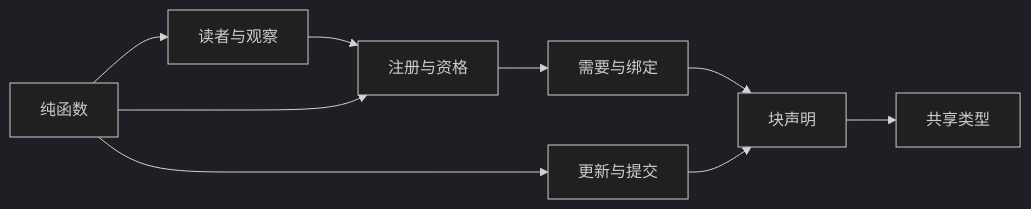
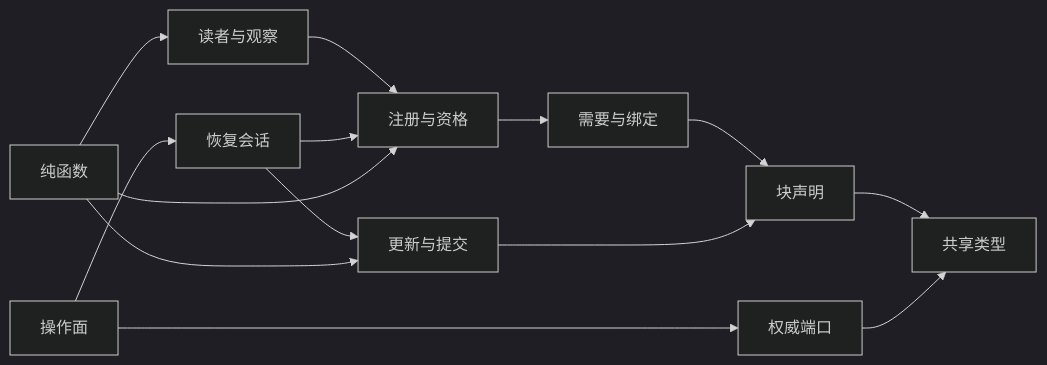
Before and after one commit to nemori-ai/omne-harness-lite: the diagram in packages/context/runtime-context-contract/docs/architecture.md, drawn with Mermaid (dark theme). The commit also changed other lines of this file and 136 other files, not shown here.

````diff
--- a/packages/context/runtime-context-contract/docs/architecture.md
+++ b/packages/context/runtime-context-contract/docs/architecture.md
@@ -25,12 +27,17 @@
 ```mermaid
 flowchart LR
   Shared[共享类型]
   Desc[块声明] --> Shared
   Need[需要与绑定] --> Desc
   Reg[注册与资格] --> Need
   Read[读者与观察] --> Reg
   Write[更新与提交] --> Desc
+  Auth[权威端口] --> Shared
+  Replay[恢复会话] --> Write
+  Replay --> Reg
+  Ops[操作面] --> Auth
+  Ops --> Replay
   Fn[纯函数] --> Reg
   Fn --> Read
   Fn --> Write
 ```
````
